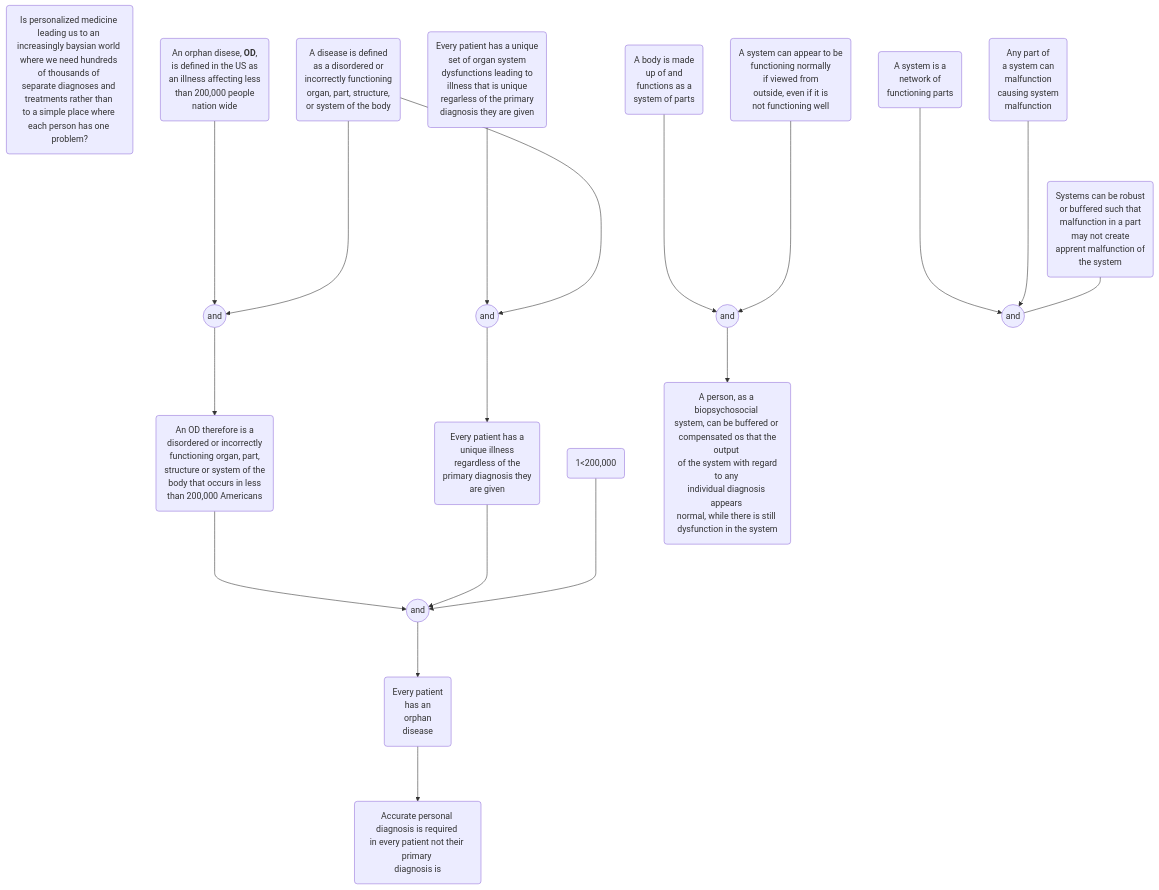
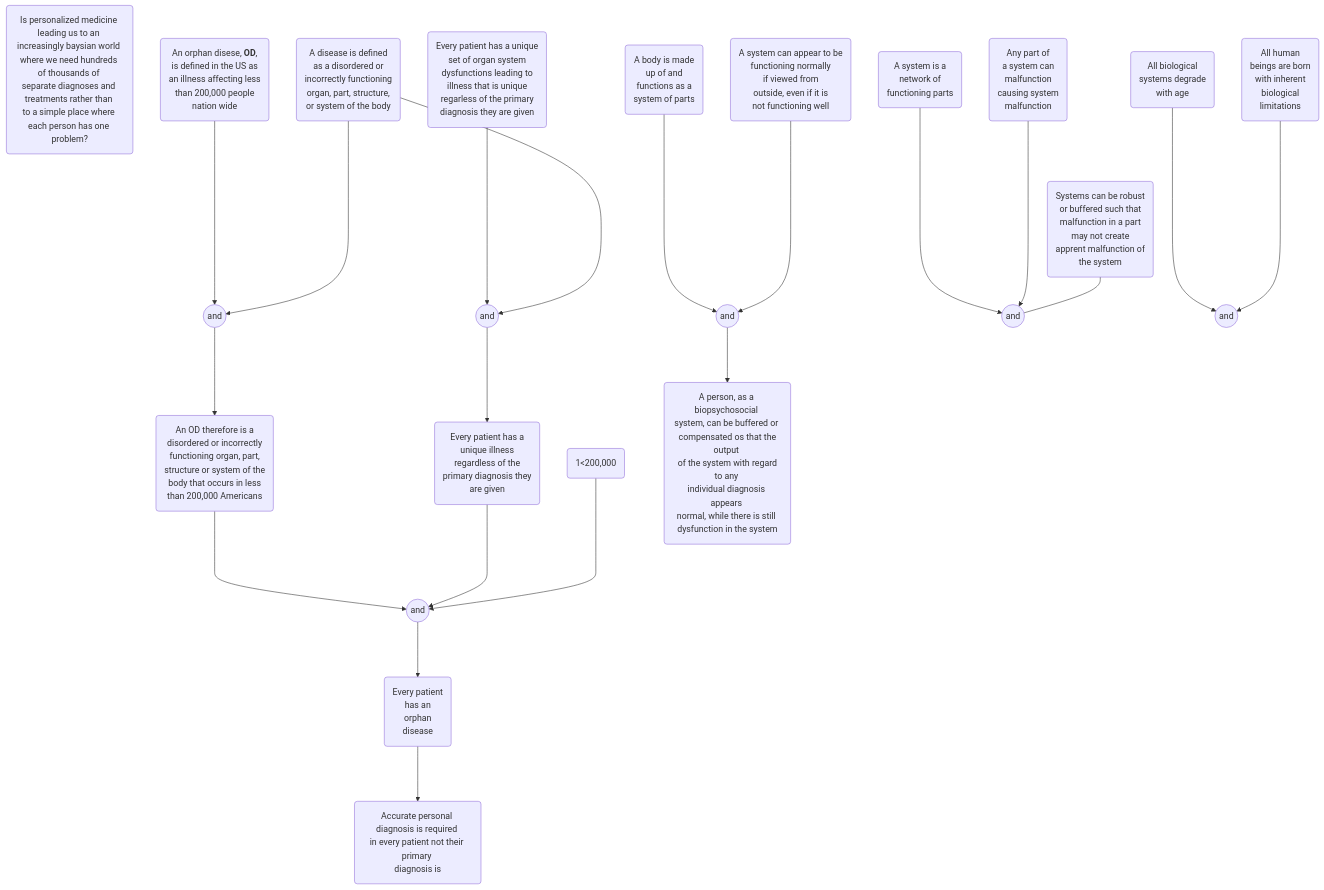
The diagram in Orphan_Diseases.md (hwetsman/TOC_Trees), drawn with Mermaid before and after one commit.

Commit message:
Code: add second base of leg 3

````diff
--- a/Orphan_Diseases.md
+++ b/Orphan_Diseases.md
@@ -3,46 +3,52 @@
 ```mermaid
 flowchart TD
 proposition(Is personalized medicine <br>leading us to an <br>increasingly baysian world <br>where we need hundreds <br>of thousands of <br>separate diagnoses and <br>treatments rather than <br>to a simple place where <br>each person has one problem?)
 
 orphan(An orphan disese, <b>OD</b>, <br>is defined in the US as <br>an illness affecting less <br>than 200,000 people <br> nation wide)
 disease(A disease is defined <br>as a disordered or <br>incorrectly functioning <br>organ, part, structure, <br>or system of the body)
 and1((and))
     orphan--->and1
     disease--->and1
 every_pt(Every patient has a unique <br>set of organ system <br>dysfunctions leading to <br>illness that is unique <br>regarless of the primary <br>diagnosis they are given)
 and2((and))
     every_pt--->and2
     disease--->and2
 OD_def(An OD therefore is a <br>disordered or incorrectly <br> functioning organ, part, <br>structure or system of the <br>body that occurs in less <br>than 200,000 Americans)
     and1--->OD_def
 every_pt2(Every patient has a <br>unique illness <br>regardless of the <br> primary diagnosis they <br>are given)
     and2--->every_pt2
 logic(1<200,000)
 and3((and))
     OD_def--->and3
     every_pt2--->and3
     logic--->and3
 every_pt3(Every patient <br>has an <br>orphan <br>disease)
     and3--->every_pt3
 accurate(Accurate personal <br>diagnosis is required <br>in every patient not <brmatter how common <br>their primary <br>diagnosis is)
     every_pt3--->accurate
 
 body(A body is made <br>up of and <br>functions as a <br>system of parts)
 systems(A system can appear to be <br>functioning normally <br>if viewed from <br> outside, even if it is <br>not functioning well)
 and4((and))
     body--->and4
     systems--->and4
 persons(A person, as a biopsychosocial <br>system, can be buffered or <br> compensated os that the output <br> of the system with regard to any <br>individual diagnosis appears <br>normal, while there is still <br>dysfunction in the system)
     and4--->persons
 
 system(A system is a <br>network of <br>functioning parts)
 any_system(Any part of <br>a system can <br>malfunction <br> causing system <br>malfunction)
 buffered(Systems can be robust <br>or buffered such that <br>malfunction in a part <br>may not create <br>apprent malfunction of <br>the system)
 and5((and))
     system--->and5
     any_system--->and5
     buffered---and5
+age(All biological <br>systems degrade <br>with age)
+limits(All human <br>beings are born <br>with inherent <br>biological <br>limitations)
+and6((and))
+    age--->and6
+    limits--->and6
+
     
 
 
 ```
````
